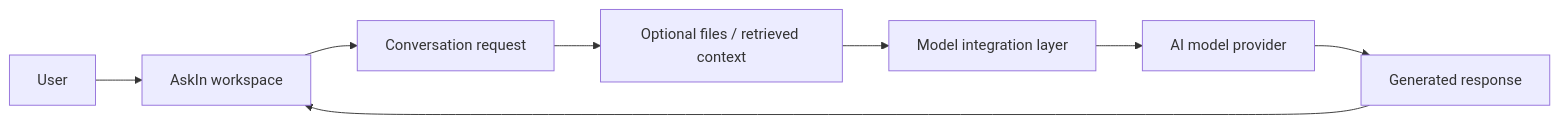
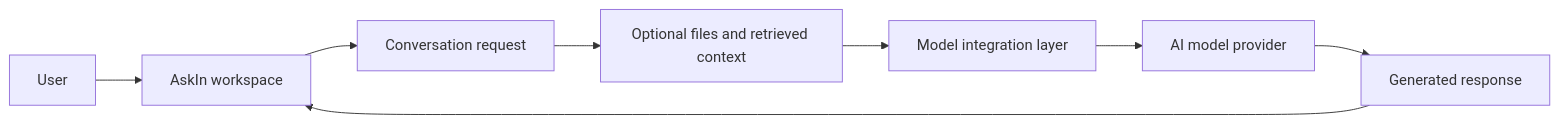
The diagram in frontend/content/projects/askin.md (farismnrr/portofolio), drawn with Mermaid before and after one commit. The commit also changed other lines of this file and 10 other files, not shown here.

````diff
--- a/frontend/content/projects/askin.md
+++ b/frontend/content/projects/askin.md
@@ -35,10 +22,10 @@
 ```mermaid
 flowchart LR
     U[User] --> UI[AskIn workspace]
     UI --> CHAT[Conversation request]
-    CHAT --> CONTEXT[Optional files / retrieved context]
+    CHAT --> CONTEXT[Optional files and retrieved context]
     CONTEXT --> ROUTER[Model integration layer]
     ROUTER --> MODEL[AI model provider]
     MODEL --> RESPONSE[Generated response]
     RESPONSE --> UI
 ```
````
